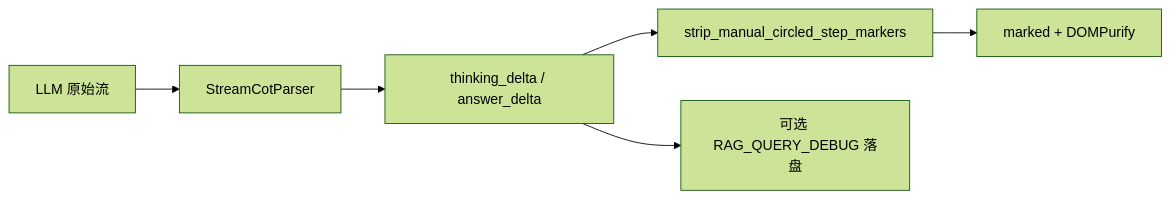
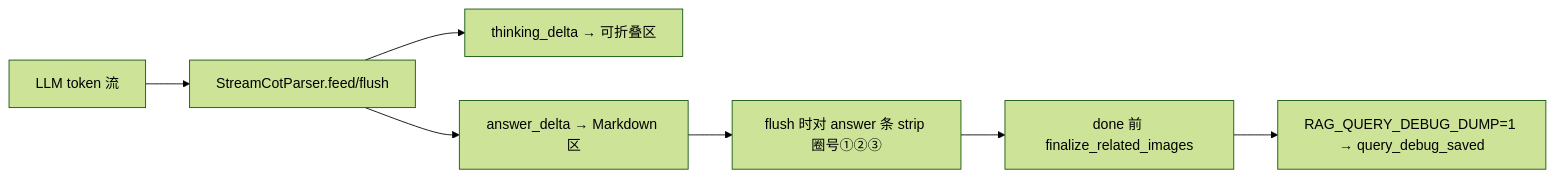
One commit to yiliangbetter/IndustrialRAG changed the seventh of 7 diagrams in docs/问答全流程图.md. Above: the diagram before and after it, drawn with Mermaid (forest theme). The commit also changed other lines of this file and 2 other files, not shown here.

First line of the commit message:
fix(query): restore retrieval_scope SSE and align Q&A flow docs

````diff
--- a/docs/问答全流程图.md
+++ b/docs/问答全流程图.md
@@ -322,12 +370,14 @@
 ```mermaid
 flowchart LR
-    P1["LLM 原始流"]
-    P2["StreamCotParser"]
-    P3["thinking_delta / answer_delta"]
-    P4["strip_manual_circled_step_markers"]
-    P5["marked + DOMPurify"]
-    P6["可选 RAG_QUERY_DEBUG 落盘"]
+    P1["LLM token 流"]
+    P2["StreamCotParser.feed/flush"]
+    P3["thinking_delta → 可折叠区"]
+    P4["answer_delta → Markdown 区"]
+    P5["flush 时对 answer 条 strip 圈号①②③"]
+    P6["done 前 finalize_related_images"]
+    P7["RAG_QUERY_DEBUG_DUMP=1 → query_debug_saved"]
 
-    P1 --> P2 --> P3 --> P4 --> P5
-    P3 --> P6
+    P1 --> P2 --> P3
+    P2 --> P4 --> P5
+    P5 --> P6 --> P7
 ```
````
